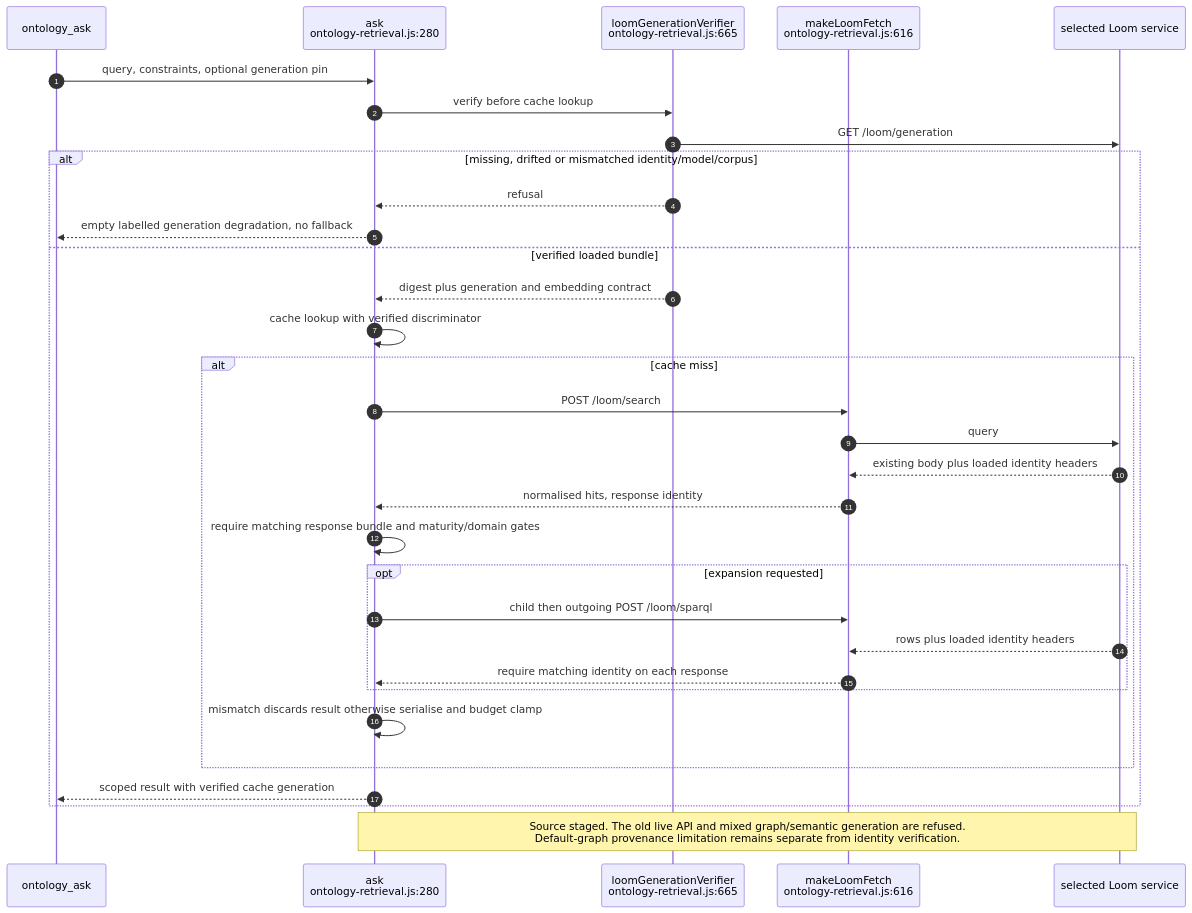
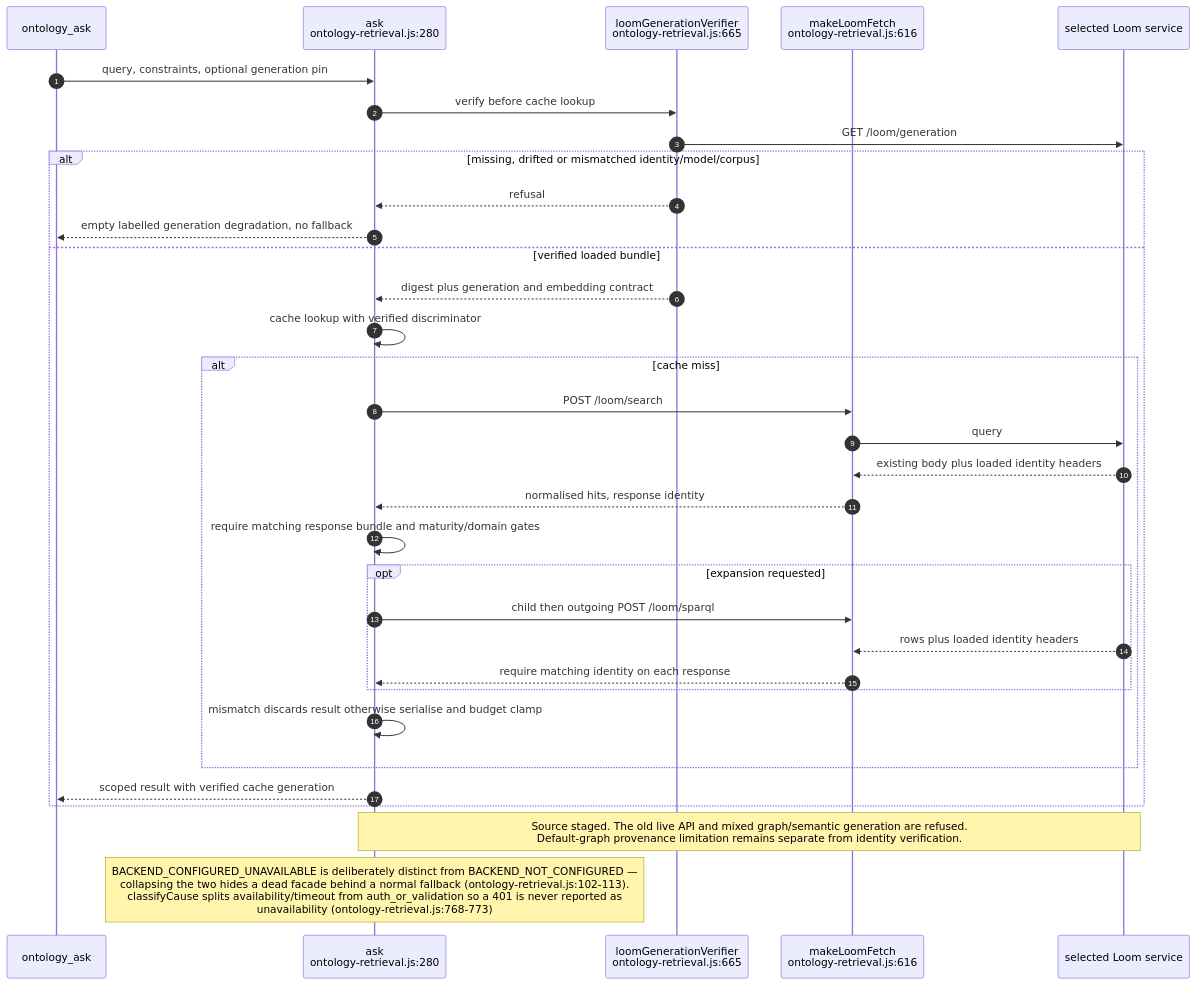
Before and after one commit to DreamLab-AI/VisionFlow: the third of 12 diagrams in docs/diagrams/agentbox/24-loom-facade.md, drawn with Mermaid. The commit also changed other lines of this file and 136 other files, not shown here.

First line of the commit message:
docs(diagrams): refresh the whole corpus to code HEAD and prune low-value diagrams

````diff
--- a/docs/diagrams/agentbox/24-loom-facade.md
+++ b/docs/diagrams/agentbox/24-loom-facade.md
@@ -105,34 +114,35 @@
 ```mermaid
 sequenceDiagram
     autonumber
     participant CALL as ontology_ask
     participant ASK as ask<br/>ontology-retrieval.js:280
     participant VERIFY as loomGenerationVerifier<br/>ontology-retrieval.js:665
     participant FETCH as makeLoomFetch<br/>ontology-retrieval.js:616
     participant LOOM as selected Loom service
     CALL->>ASK: query, constraints, optional generation pin
     ASK->>VERIFY: verify before cache lookup
     VERIFY->>LOOM: GET /loom/generation
     alt missing, drifted or mismatched identity/model/corpus
         VERIFY-->>ASK: refusal
         ASK-->>CALL: empty labelled generation degradation, no fallback
     else verified loaded bundle
         VERIFY-->>ASK: digest plus generation and embedding contract
         ASK->>ASK: cache lookup with verified discriminator
         alt cache miss
             ASK->>FETCH: POST /loom/search
             FETCH->>LOOM: query
             LOOM-->>FETCH: existing body plus loaded identity headers
             FETCH-->>ASK: normalised hits, response identity
             ASK->>ASK: require matching response bundle and maturity/domain gates
             opt expansion requested
                 ASK->>FETCH: child then outgoing POST /loom/sparql
                 LOOM-->>FETCH: rows plus loaded identity headers
                 FETCH-->>ASK: require matching identity on each response
             end
             ASK->>ASK: mismatch discards result otherwise serialise and budget clamp
         end
         ASK-->>CALL: scoped result with verified cache generation
     end
     Note over ASK,LOOM: Source staged. The old live API and mixed graph/semantic generation are refused.<br/>Default-graph provenance limitation remains separate from identity verification.
+    Note over ASK: BACKEND_CONFIGURED_UNAVAILABLE is deliberately distinct from BACKEND_NOT_CONFIGURED —<br/>collapsing the two hides a dead facade behind a normal fallback (ontology-retrieval.js:102-113).<br/>classifyCause splits availability/timeout from auth_or_validation so a 401 is never reported as<br/>unavailability (ontology-retrieval.js:768-773)
 ```
````
